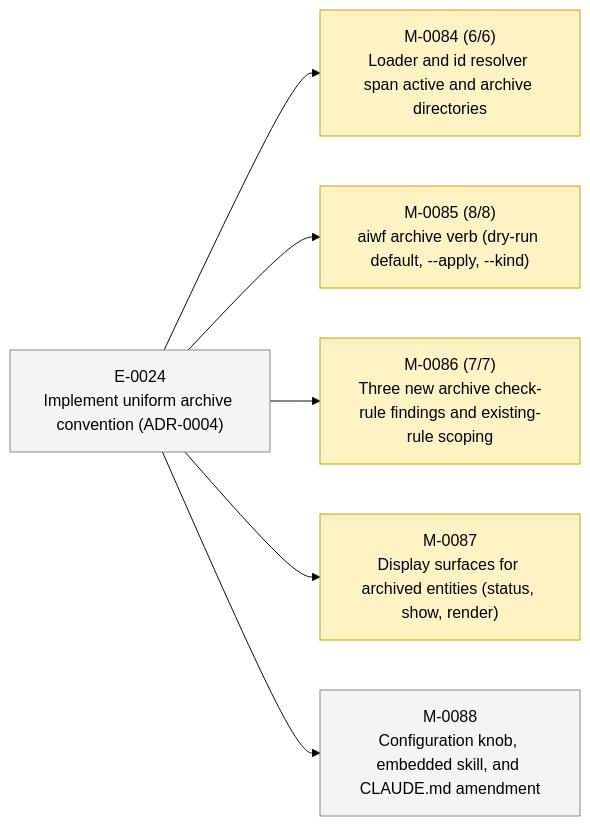
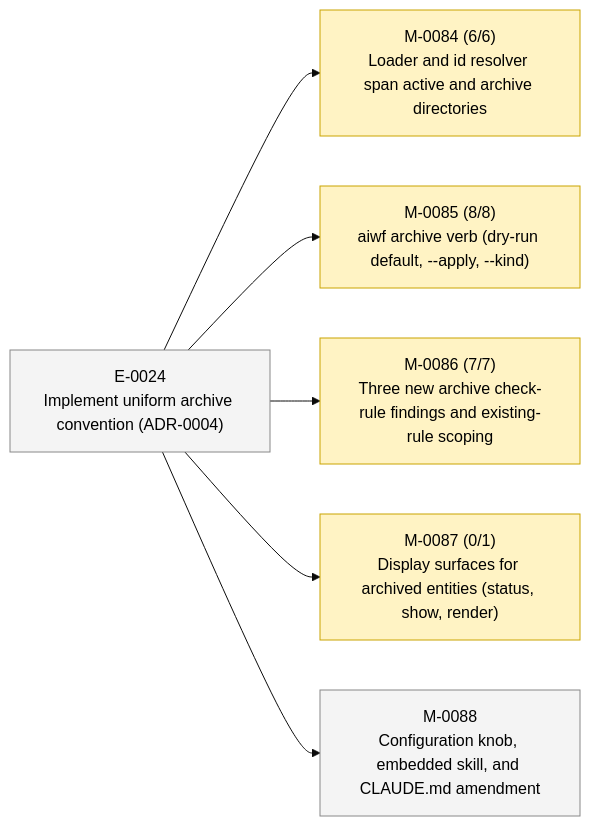
The second of 2 diagrams in STATUS.md (23min/aiwf), drawn with Mermaid (base theme) before and after one commit. The commit also changed other lines of this file and 1 other file, not shown here.

First line of the commit message:
aiwf add ac M-0087/AC-1 "aiwf status surfaces sweep-pending count when non-zero"

````diff
--- a/STATUS.md
+++ b/STATUS.md
@@ -49,20 +49,20 @@
 ```mermaid
 flowchart LR
   E_0024["E-0024<br/>Implement uniform archive convention (ADR-0004)"]:::epic_proposed
   M_0084["M-0084 (6/6)<br/>Loader and id resolver span active and archive directories"]:::ms_in_progress
   E_0024 --> M_0084
   M_0085["M-0085 (8/8)<br/>aiwf archive verb (dry-run default, --apply, --kind)"]:::ms_in_progress
   E_0024 --> M_0085
   M_0086["M-0086 (7/7)<br/>Three new archive check-rule findings and existing-rule scoping"]:::ms_in_progress
   E_0024 --> M_0086
-  M_0087["M-0087<br/>Display surfaces for archived entities (status, show, render)"]:::ms_in_progress
+  M_0087["M-0087 (0/1)<br/>Display surfaces for archived entities (status, show, render)"]:::ms_in_progress
   E_0024 --> M_0087
   M_0088["M-0088<br/>Configuration knob, embedded skill, and CLAUDE.md amendment"]:::ms_draft
   E_0024 --> M_0088
   classDef epic_active fill:#d6eaff,stroke:#1a73e8,color:#000
   classDef epic_proposed fill:#f4f4f4,stroke:#888,color:#000
   classDef ms_done fill:#d8f5d8,stroke:#2a8a2a,color:#000
   classDef ms_in_progress fill:#fff3c4,stroke:#caa400,color:#000
   classDef ms_draft fill:#f4f4f4,stroke:#888,color:#000
   classDef ms_cancelled fill:#fbeaea,stroke:#c33,color:#000
 ```
````
